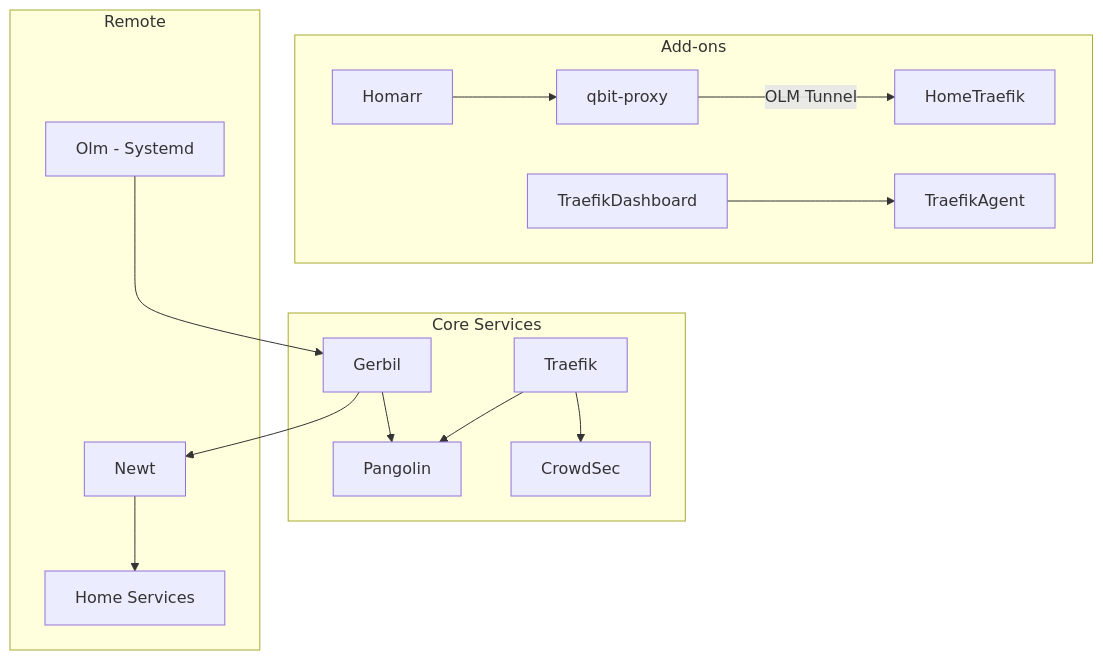
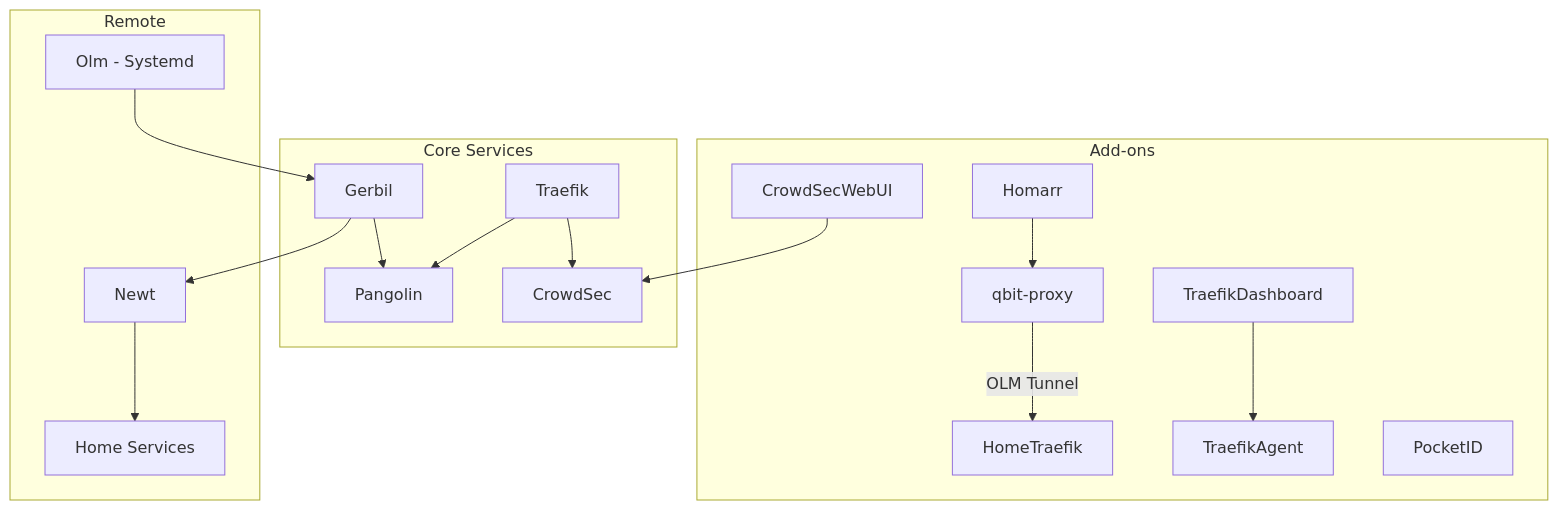
Before and after one commit to LostBoxArt/pangolin-stack: the diagram in INFRASTRUCTURE.md, drawn with Mermaid. The commit also changed other lines of this file and 3 other files, not shown here.

````diff
--- a/INFRASTRUCTURE.md
+++ b/INFRASTRUCTURE.md
@@ -58,20 +58,22 @@
 ```mermaid
 graph TD
     subgraph "Core Services"
         Traefik --> Pangolin
         Traefik --> CrowdSec
         Gerbil --> Pangolin
     end
     
     subgraph "Add-ons"
         Homarr --> qbit-proxy
         qbit-proxy -- "OLM Tunnel" --> HomeTraefik
         TraefikDashboard --> TraefikAgent
+        CrowdSecWebUI --> CrowdSec
+        PocketID
     end
     
     subgraph "Remote"
         OlmSystemd[Olm - Systemd] --> Gerbil
         Gerbil --> Newt
         Newt --> HomeServices[Home Services]
     end
 ```
````
